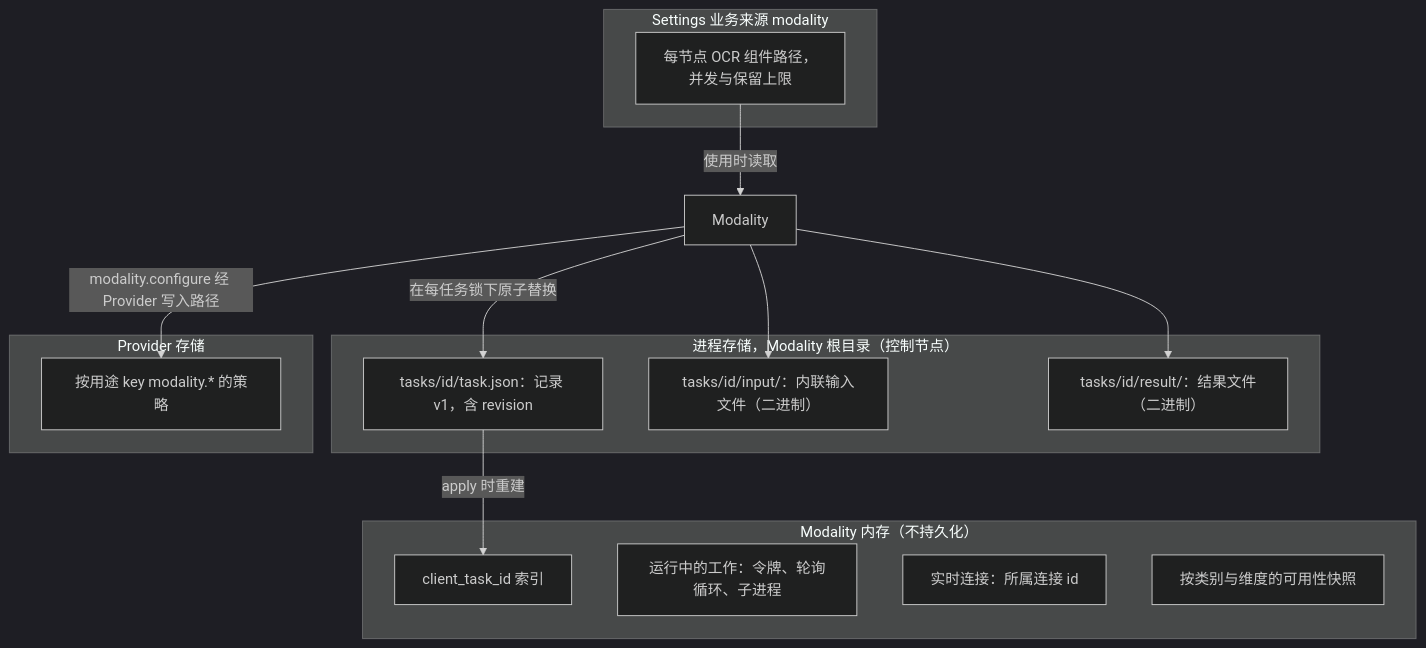
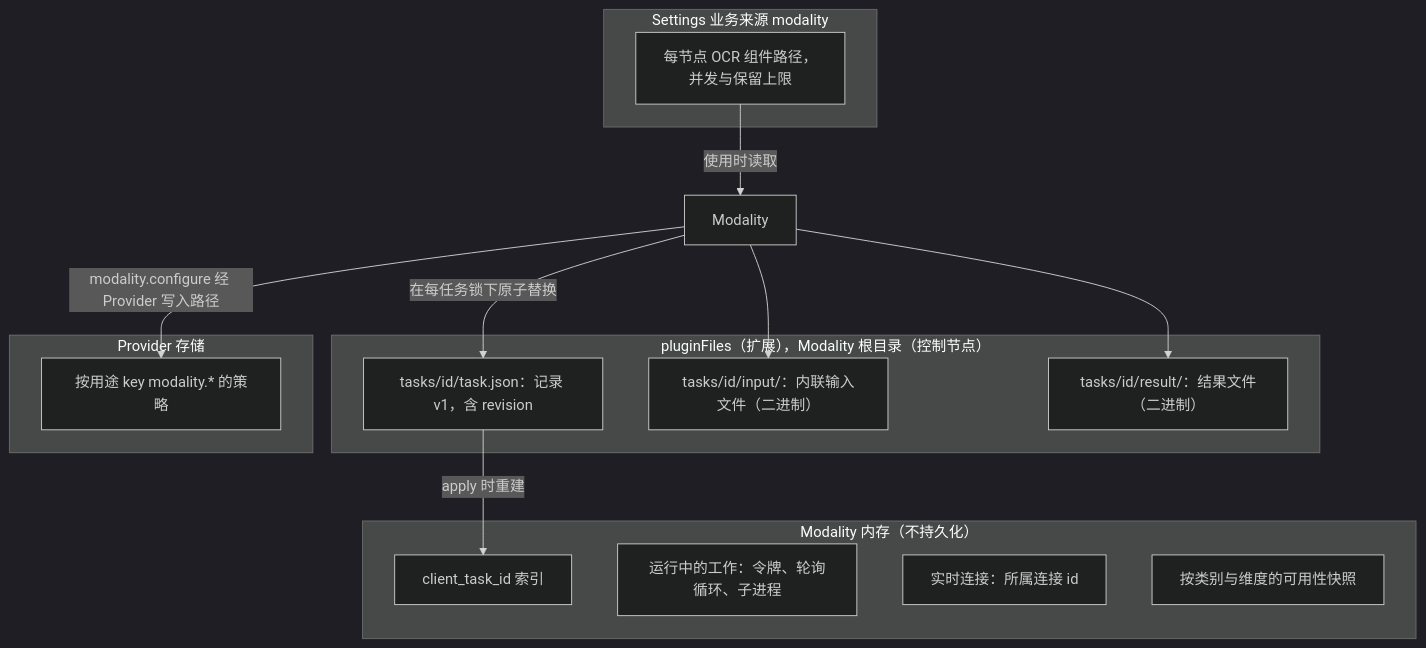
One commit to CoutinhoTTS/dim-agent changed the second of 6 diagrams in docs/zh/design/plugins/Modality.md. Above: the diagram before and after it, drawn with Mermaid (dark theme). The commit also changed other lines of this file and 42 other files, not shown here.

````diff
--- a/docs/zh/design/plugins/Modality.md
+++ b/docs/zh/design/plugins/Modality.md
@@ -47,26 +47,26 @@
 ```mermaid
 flowchart TB
-  subgraph PS["进程存储，Modality 根目录（控制节点）"]
+  subgraph PS["pluginFiles（扩展），Modality 根目录（控制节点）"]
     Rec["tasks/id/task.json：记录 v1，含 revision"]
     In["tasks/id/input/：内联输入文件（二进制）"]
     Res["tasks/id/result/：结果文件（二进制）"]
   end
   subgraph PROV["Provider 存储"]
     Pol["按用途 key modality.* 的策略"]
   end
   subgraph SET["Settings 业务来源 modality"]
     Cfg["每节点 OCR 组件路径，<br/>并发与保留上限"]
   end
   subgraph MEM["Modality 内存（不持久化）"]
     Idx["client_task_id 索引"]
     Run["运行中的工作：令牌、轮询循环、子进程"]
     RT["实时连接：所属连接 id"]
     Av["按类别与维度的可用性快照"]
   end
   Mod["Modality"] -->|"在每任务锁下原子替换"| Rec
   Mod --> In
   Mod --> Res
   Mod -->|"modality.configure 经 Provider 写入路径"| Pol
   Rec -->|"apply 时重建"| Idx
   Cfg -->|"使用时读取"| Mod
 ```
````
